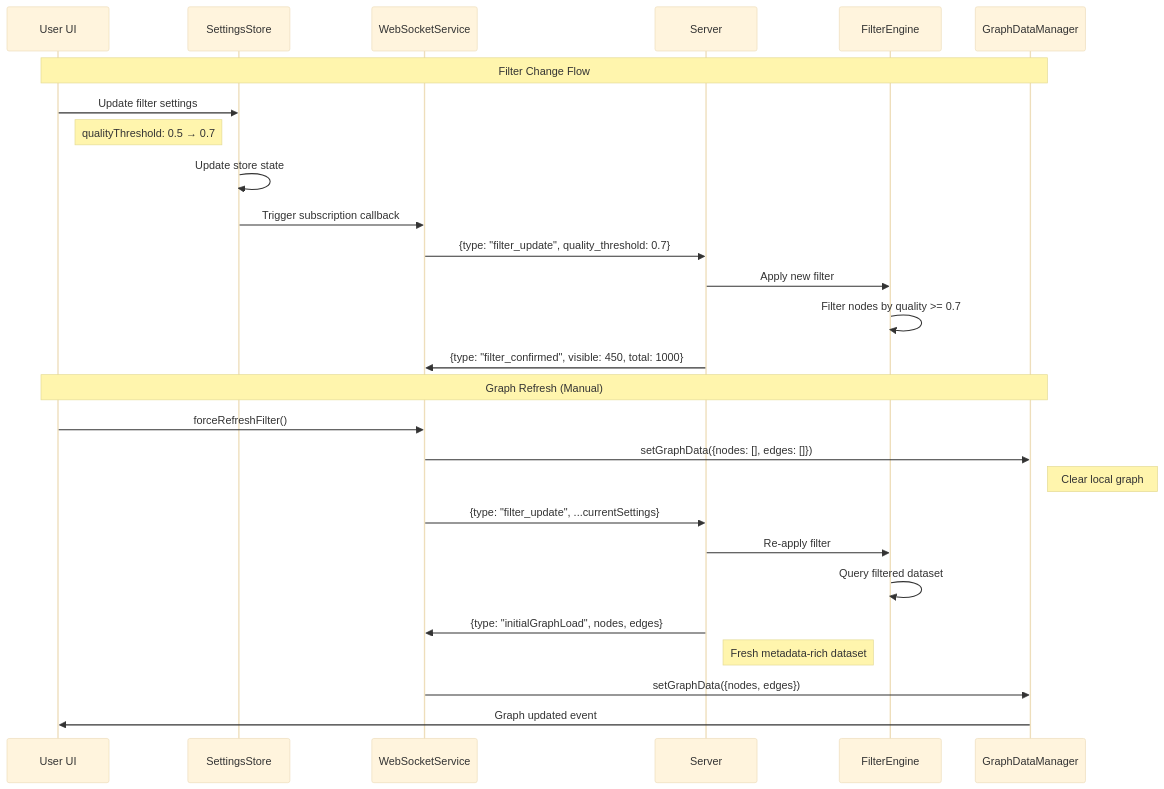
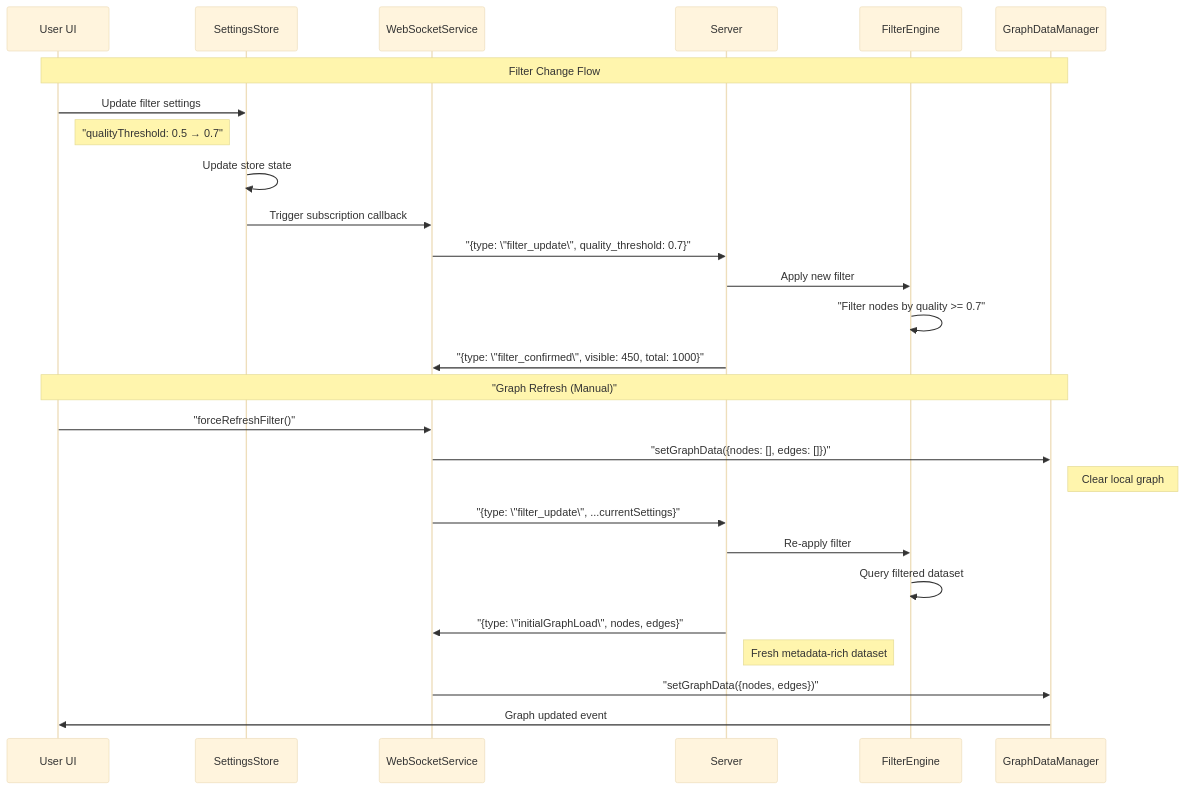
One commit to DreamLab-AI/VisionFlow changed diagram 14 of 19 in docs/diagrams/infrastructure/websocket/binary-protocol-complete.md. Above: the diagram before and after it, drawn with Mermaid (base theme). The commit also changed other lines of this file and 39 other files, not shown here.

````diff
--- a/docs/diagrams/infrastructure/websocket/binary-protocol-complete.md
+++ b/docs/diagrams/infrastructure/websocket/binary-protocol-complete.md
@@ -990,34 +990,34 @@
 ```mermaid
 sequenceDiagram
     participant U as User UI
     participant SS as SettingsStore
     participant WS as WebSocketService
     participant S as Server
     participant F as FilterEngine
     participant G as GraphDataManager
 
     Note over U,G: Filter Change Flow
 
     U->>SS: Update filter settings
-    Note right of U: qualityThreshold: 0.5 → 0.7
+    Note right of U: "qualityThreshold: 0.5 → 0.7"
     SS->>SS: Update store state
     SS->>WS: Trigger subscription callback
 
-    WS->>S: {type: "filter_update", quality_threshold: 0.7}
+    WS->>S: "{type: \"filter_update\", quality_threshold: 0.7}"
     S->>F: Apply new filter
-    F->>F: Filter nodes by quality >= 0.7
-    S->>WS: {type: "filter_confirmed", visible: 450, total: 1000}
+    F->>F: "Filter nodes by quality >= 0.7"
+    S->>WS: "{type: \"filter_confirmed\", visible: 450, total: 1000}"
 
-    Note over U,G: Graph Refresh (Manual)
+    Note over U,G: "Graph Refresh (Manual)"
 
-    U->>WS: forceRefreshFilter()
-    WS->>G: setGraphData({nodes: [], edges: []})
+    U->>WS: "forceRefreshFilter()"
+    WS->>G: "setGraphData({nodes: [], edges: []})"
     Note right of G: Clear local graph
-    WS->>S: {type: "filter_update", ...currentSettings}
+    WS->>S: "{type: \"filter_update\", ...currentSettings}"
     S->>F: Re-apply filter
     F->>F: Query filtered dataset
-    S->>WS: {type: "initialGraphLoad", nodes, edges}
+    S->>WS: "{type: \"initialGraphLoad\", nodes, edges}"
     Note right of S: Fresh metadata-rich dataset
-    WS->>G: setGraphData({nodes, edges})
+    WS->>G: "setGraphData({nodes, edges})"
     G->>U: Graph updated event
 ```
````
